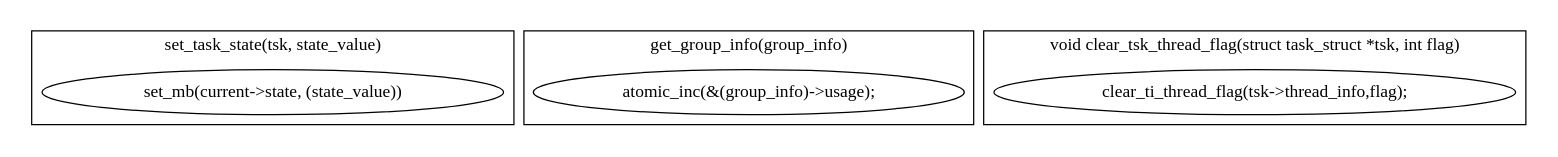
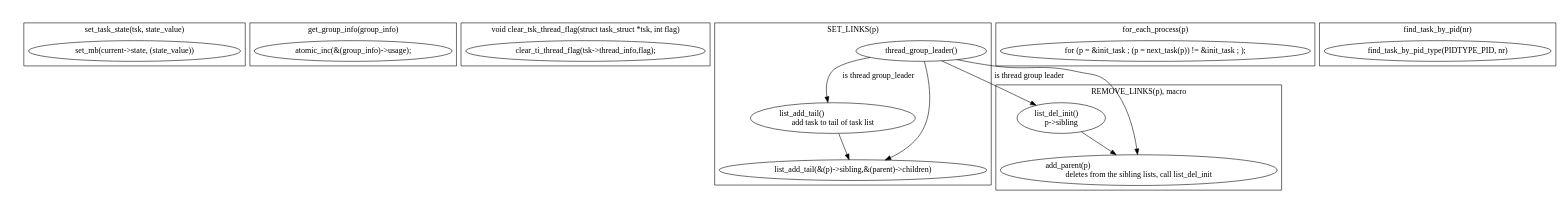
The diagram in kernel_head/sched.h.dot (BGCX261/zone-source-git), drawn with Graphviz before and after one commit. The commit also changed 2 other files, not shown here.

```diff
--- a/kernel_head/sched.h.dot
+++ b/kernel_head/sched.h.dot
@@ -1,29 +1,78 @@
 digraph sched_h{
         size="10,18";
         ratio=filled;
 
 	subgraph cluster_set_task_state{
 		label="set_task_state(tsk, state_value)";
                 
 		set_mb[label="set_mb((tsk)->state, (state_value))"];
 	}
 
 	subgraph cluster_set_current_state{
 		label="set_current_state(state_value)";
 
 		set_mb[label="set_mb(current->state, (state_value))"];
         }
         
 
         subgraph cluster_get_group_info{
 		label="get_group_info(group_info)";
 
                 atomic_inc[label="atomic_inc(&(group_info)->usage);"];
         }
 
         subgraph cluster_clear_task_thread_flag{
                 label="void clear_tsk_thread_flag(struct task_struct *tsk, int flag)";
                 clear_ti_thread_flag[label="clear_ti_thread_flag(tsk->thread_info,flag);"];
                 
         }
+
+        subgraph cluster_SET_LINKS{
+                label="SET_LINKS(p)";
+		
+		thread_group_leader[label="thread_group_leader()"];
+		list_add_tail[label="list_add_tail()\ladd task to tail of task list"];
+		add_parent[label="add_parent()\ladd task to the head of his parent's childen list"];
+
+		thread_group_leader -> list_add_tail[label="is thread group_leader"];
+		thread_group_leader -> add_parent;
+		list_add_tail -> add_parent;
+        }
+
+        subgraph cluster_list_REMOVE_LINKS{
+                label="REMOVE_LINKS(p), macro";
+
+	        thread_group_leader[label="thread_group_leader()"];
+	        list_del_init[label="list_del_init(&(p)->tasks)\ldeletes entry from list and reinitialize it."];
+	        remove_parent[label="add_parent(p)\ldeletes from the sibling lists, call list_del_init"];
+
+	        thread_group_leader -> list_del_init[label="is thread group leader"];
+	        list_del_init -> remove_parent;
+	        thread_group_leader -> remove_parent;
+        }
+
+        subgraph cluster_add_parent{
+                label="add_parent(p, parent)";
+
+		add_parent[label="list_add_tail(&(p)->sibling,&(parent)->children)"];
+        }
+
+        subgraph cluster_remove_parent{
+                label="remove_parent(p) marco";
+
+		list_del_init[label="list_del_init()\lp->sibling"]
+        }
+
+        subgraph cluster_for_each_process{
+                label="for_each_process(p)";
+                
+	        for[label="for (p = &init_task ; (p = next_task(p)) != &init_task ; );"];
+        }
+
+        subgraph cluster_find_task_by_pid{
+                label="find_task_by_pid(nr)";
+                find_task_by_pid_type[label="find_task_by_pid_type(PIDTYPE_PID, nr)"];
+        }           
+
+
 }
```
